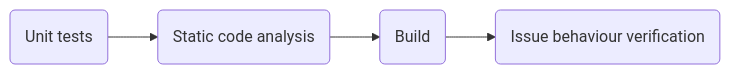
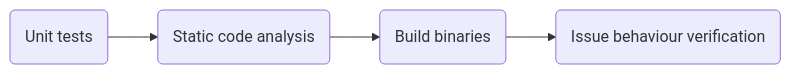
The fifth of 8 diagrams in docs/factory_pipelines.md (ContinuousEngineeringProject/ContinuousEngineeringProject.github.io), drawn with Mermaid before and after one commit. The commit also changed other lines of this file, not shown here.

````diff
--- a/docs/factory_pipelines.md
+++ b/docs/factory_pipelines.md
@@ -90,9 +92,9 @@
 ```mermaid
 flowchart LR
   id1(Unit tests)
   id2(Static code analysis)
-  id3(Build)
+  id3(Build binaries)
   id4(Issue behaviour verification)
   
   id1 --> id2 --> id3 --> id4
 ```
````
